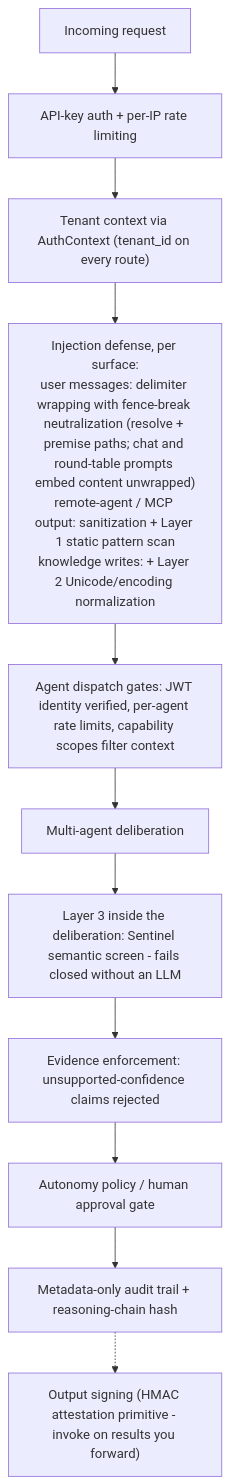
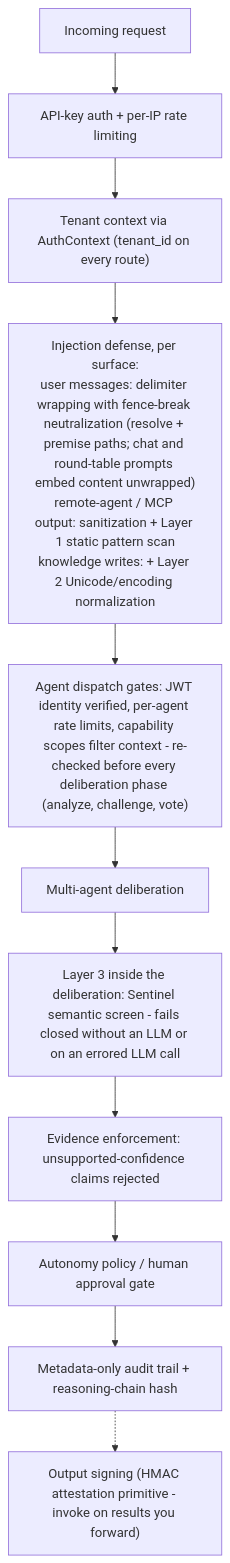
Before and after one commit to KangaKode/aiscaffold: the first of 3 diagrams in docs/SECURITY_MODEL.md, drawn with Mermaid. The commit also changed other lines of this file and 1 other file, not shown here.

Commit message:
docs: align governance/security claims with phase-gated dispatch and the is_error contract

````diff
--- a/docs/SECURITY_MODEL.md
+++ b/docs/SECURITY_MODEL.md
@@ -13,13 +13,13 @@
 ```mermaid
 flowchart TD
     Req[Incoming request] --> Auth["API-key auth + per-IP rate limiting"]
     Auth --> Tenant["Tenant context via AuthContext (tenant_id on every route)"]
     Tenant --> Inj["Injection defense, per surface:<br/>user messages: delimiter wrapping with fence-break neutralization (resolve + premise paths; chat and round-table prompts embed content unwrapped)<br/>remote-agent / MCP output: sanitization + Layer 1 static pattern scan<br/>knowledge writes: + Layer 2 Unicode/encoding normalization"]
-    Inj --> Dispatch["Agent dispatch gates: JWT identity verified, per-agent rate limits, capability scopes filter context"]
+    Inj --> Dispatch["Agent dispatch gates: JWT identity verified, per-agent rate limits, capability scopes filter context - re-checked before every deliberation phase (analyze, challenge, vote)"]
     Dispatch --> Delib["Multi-agent deliberation"]
-    Delib --> L3["Layer 3 inside the deliberation: Sentinel semantic screen - fails closed without an LLM"]
+    Delib --> L3["Layer 3 inside the deliberation: Sentinel semantic screen - fails closed without an LLM or on an errored LLM call"]
     L3 --> Enforce["Evidence enforcement: unsupported-confidence claims rejected"]
     Enforce --> Gate["Autonomy policy / human approval gate"]
     Gate --> Audit["Metadata-only audit trail + reasoning-chain hash"]
     Audit -.-> Sign["Output signing (HMAC attestation primitive - invoke on results you forward)"]
 ```
````
